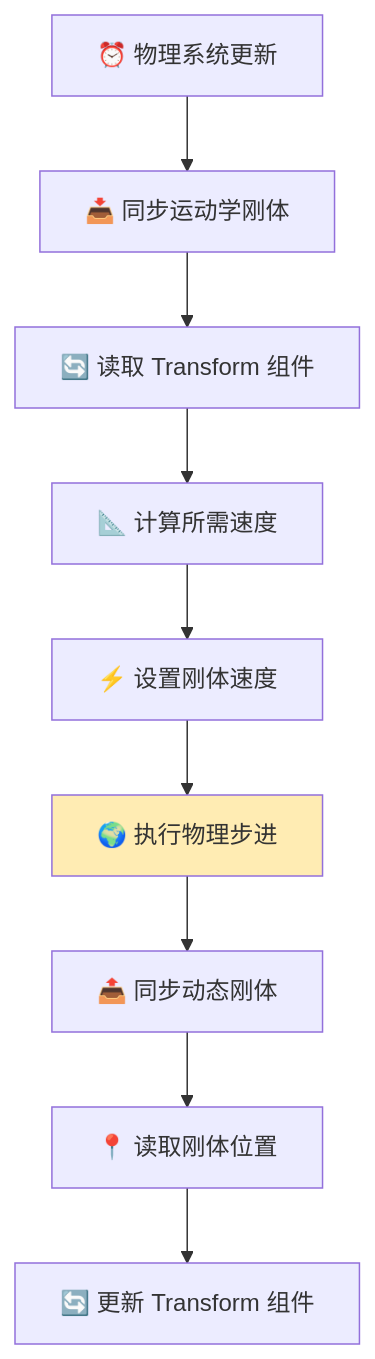
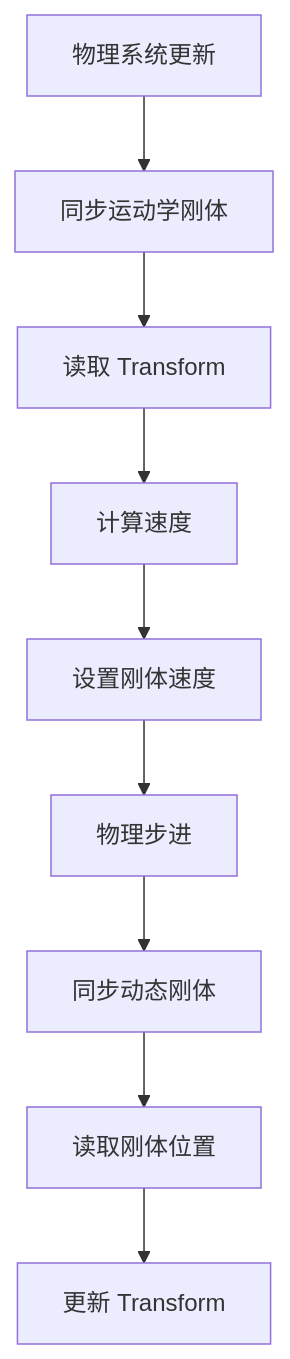
The sixth of 11 diagrams in ARCHITECTURE.md (NGLSG/Luma), drawn with Mermaid before and after one commit. The commit also changed other lines of this file and 27 other files, not shown here.

````diff
--- a/ARCHITECTURE.md
+++ b/ARCHITECTURE.md
@@ -175,13 +158,11 @@
 ```mermaid
 graph TD
-    A[⏰ 物理系统更新] --> B[📥 同步运动学刚体]
-B --> C[🔄 读取 Transform 组件]
-C --> D[📐 计算所需速度]
-D --> E[⚡ 设置刚体速度]
-E --> F[🌍 执行物理步进]
-F --> G[📤 同步动态刚体]
-G --> H[📍 读取刚体位置]
-H --> I[🔄 更新 Transform 组件]
-
-style F fill: #ffecb3
+    A[物理系统更新] --> B[同步运动学刚体]
+    B --> C[读取 Transform]
+    C --> D[计算速度]
+    D --> E[设置刚体速度]
+    E --> F[物理步进]
+    F --> G[同步动态刚体]
+    G --> H[读取刚体位置]
+    H --> I[更新 Transform]
 ```
````
